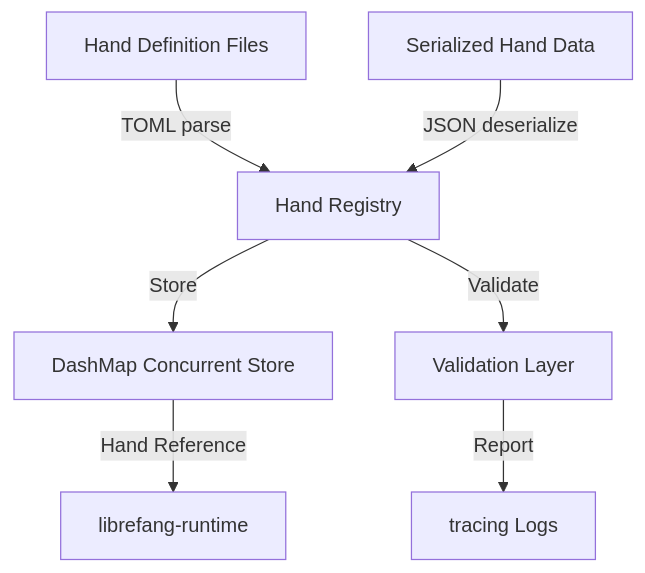
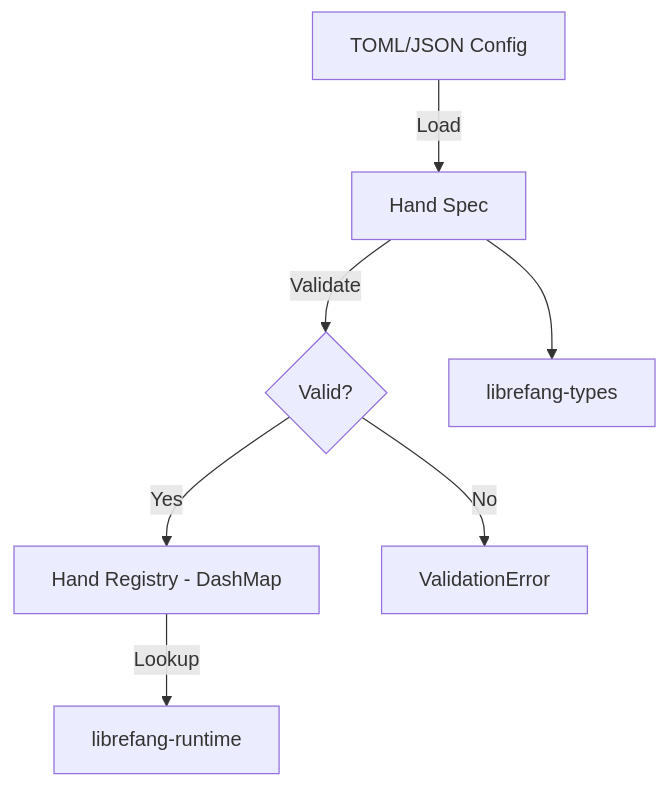
Before and after one commit to leszek3737/librefang-WIki: the diagram in other-librefang-hands.md, drawn with Mermaid. The commit also changed other lines of this file and 93 other files, not shown here.

````diff
--- a/other-librefang-hands.md
+++ b/other-librefang-hands.md
@@ -37,9 +20,9 @@
 ```mermaid
 graph TD
-    A[Hand Definition Files] -->|TOML parse| B[Hand Registry]
-    C[Serialized Hand Data] -->|JSON deserialize| B
-    B -->|Store| D[DashMap Concurrent Store]
-    B -->|Validate| E[Validation Layer]
-    E -->|Report| F[tracing Logs]
-    D -->|Hand Reference| G[librefang-runtime]
+    A[TOML/JSON Config] -->|Load| B[Hand Spec]
+    B -->|Validate| C{Valid?}
+    C -->|Yes| D[Hand Registry - DashMap]
+    C -->|No| E[ValidationError]
+    D -->|Lookup| F[librefang-runtime]
+    B --> G[librefang-types]
 ```
````
